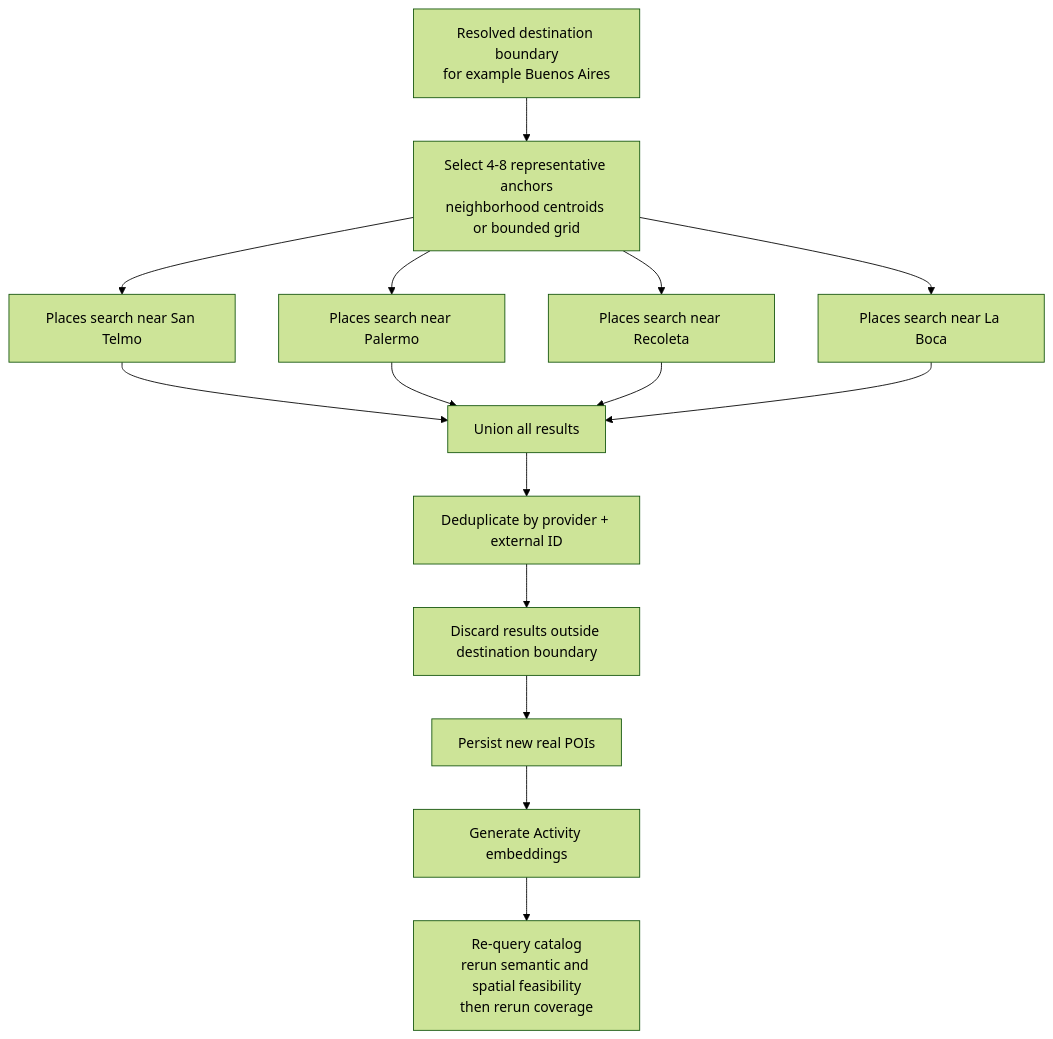
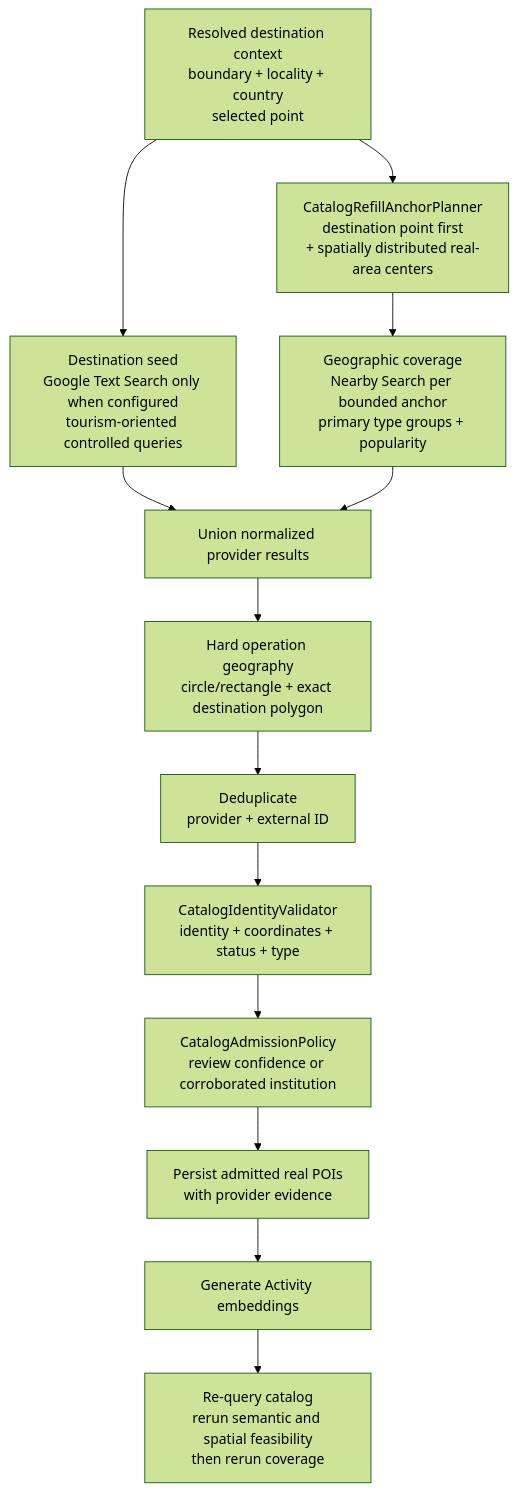
Diagram 12 of 14 in docs/architecture/activity-discovery-and-tour-generation.md (entity-builders-labs/zig-zag), drawn with Mermaid (forest theme) before and after one commit. The commit also changed other lines of this file and 51 other files, not shown here.

````diff
--- a/docs/architecture/activity-discovery-and-tour-generation.md
+++ b/docs/architecture/activity-discovery-and-tour-generation.md
@@ -538,20 +739,18 @@
 ```mermaid
 flowchart TD
-    A["Resolved destination boundary<br/>for example Buenos Aires"] --> B["Select 4-8 representative anchors<br/>neighborhood centroids or bounded grid"]
+    A["Resolved destination context<br/>boundary + locality + country<br/>selected point"]
+    A --> S["Destination seed<br/>Google Text Search only when configured<br/>tourism-oriented controlled queries"]
+    A --> B["CatalogRefillAnchorPlanner<br/>destination point first<br/>+ spatially distributed real-area centers"]
 
-    B --> C1["Places search near San Telmo"]
-    B --> C2["Places search near Palermo"]
-    B --> C3["Places search near Recoleta"]
-    B --> C4["Places search near La Boca"]
+    B --> N["Geographic coverage<br/>Nearby Search per bounded anchor<br/>primary type groups + popularity"]
+    S --> D["Union normalized provider results"]
+    N --> D
 
-    C1 --> D["Union all results"]
-    C2 --> D
-    C3 --> D
-    C4 --> D
-
-    D --> E["Deduplicate by provider + external ID"]
-    E --> F["Discard results outside destination boundary"]
-    F --> G["Persist new real POIs"]
+    D --> E["Hard operation geography<br/>circle/rectangle + exact destination polygon"]
+    E --> F["Deduplicate<br/>provider + external ID"]
+    F --> V["CatalogIdentityValidator<br/>identity + coordinates + status + type"]
+    V --> Q["CatalogAdmissionPolicy<br/>review confidence or corroborated institution"]
+    Q --> G["Persist admitted real POIs<br/>with provider evidence"]
     G --> H["Generate Activity embeddings"]
     H --> I["Re-query catalog<br/>rerun semantic and spatial feasibility<br/>then rerun coverage"]
 ```
````
